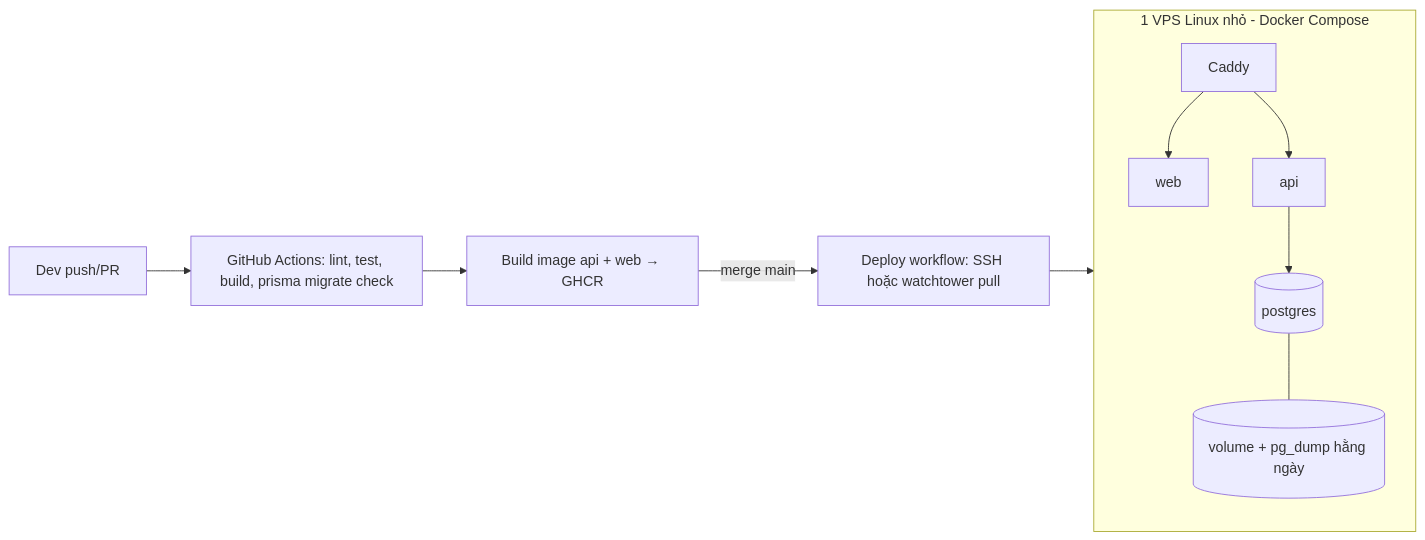
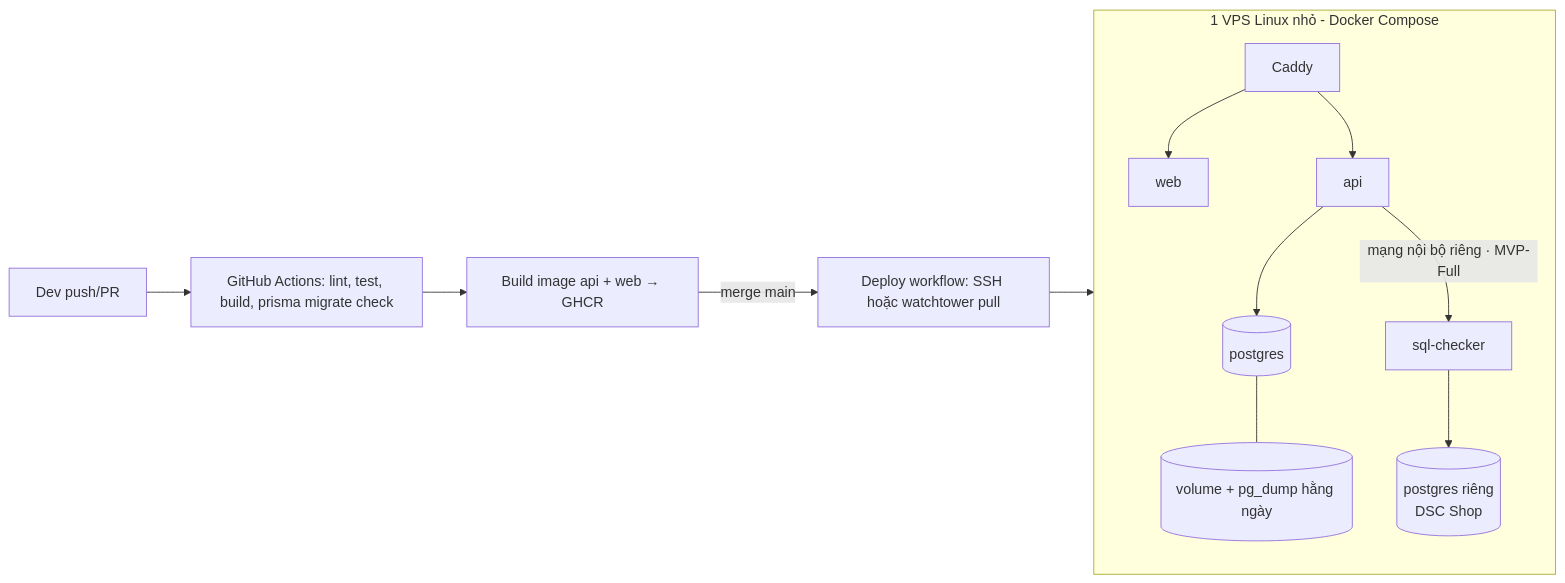
Before and after one commit to hcmute-dsc/learning-hub-docs: the fourth of 4 diagrams in docs/product/ARCHITECTURE.md, drawn with Mermaid. The commit also changed other lines of this file and 10 other files, not shown here.

````diff
--- a/docs/product/ARCHITECTURE.md
+++ b/docs/product/ARCHITECTURE.md
@@ -168,13 +188,15 @@
 ```mermaid
 flowchart LR
   Dev[Dev push/PR] --> CI[GitHub Actions: lint, test, build, prisma migrate check]
   CI --> Img[Build image api + web → GHCR]
   Img -->|merge main| Deploy[Deploy workflow: SSH hoặc watchtower pull]
   subgraph VM[1 VPS Linux nhỏ - Docker Compose]
     Caddy --> web
     Caddy --> api
     api --> db[(postgres)]
     db --- Vol[(volume + pg_dump hằng ngày)]
+    api -->|mạng nội bộ riêng · MVP-Full| sqlc[sql-checker]
+    sqlc --> sqldb[(postgres riêng<br/>DSC Shop)]
   end
   Deploy --> VM
 ```
````
